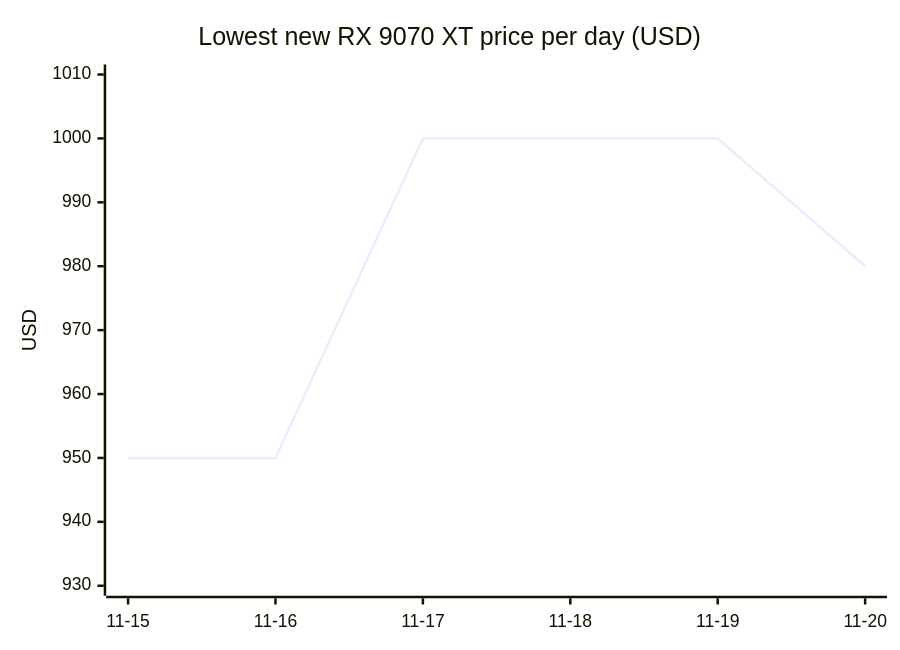
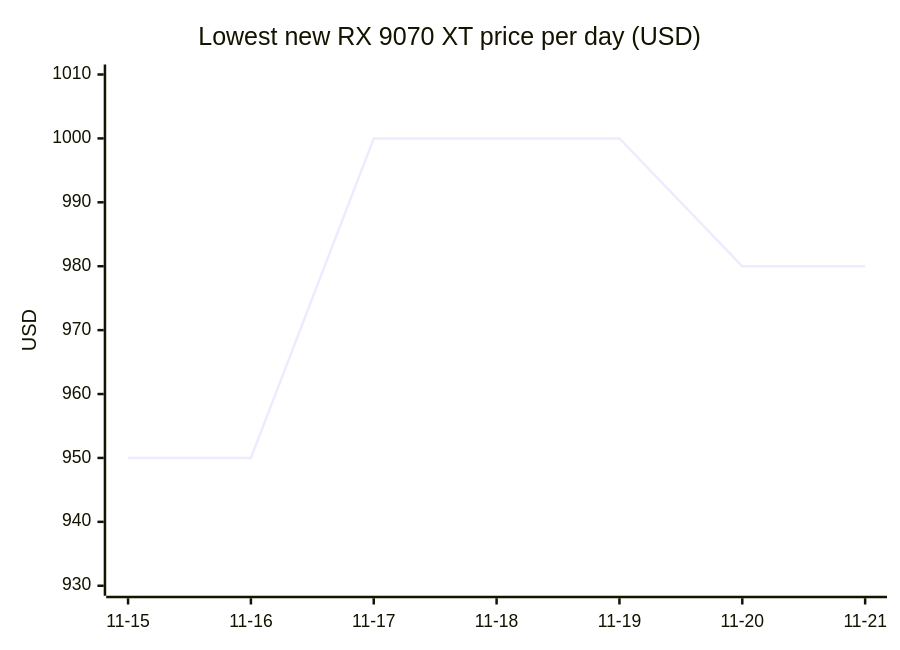
Diagram 11 of 18 in README.md (7324136828/4tb_ssd_price_watch), drawn with Mermaid before and after one commit. The commit also changed other lines of this file, not shown here.

````diff
--- a/README.md
+++ b/README.md
@@ -996,7 +1049,7 @@
 ```mermaid
 xychart-beta
     title "Lowest new RX 9070 XT price per day (USD)"
-    x-axis ["11-15", "11-16", "11-17", "11-18", "11-19", "11-20"]
+    x-axis ["11-15", "11-16", "11-17", "11-18", "11-19", "11-20", "11-21"]
     y-axis "USD" 930 --> 1010
-    line [949.99, 949.99, 999.99, 999.99, 999.99, 979.99]
+    line [949.99, 949.99, 999.99, 999.99, 999.99, 979.99, 979.99]
 ```
````
